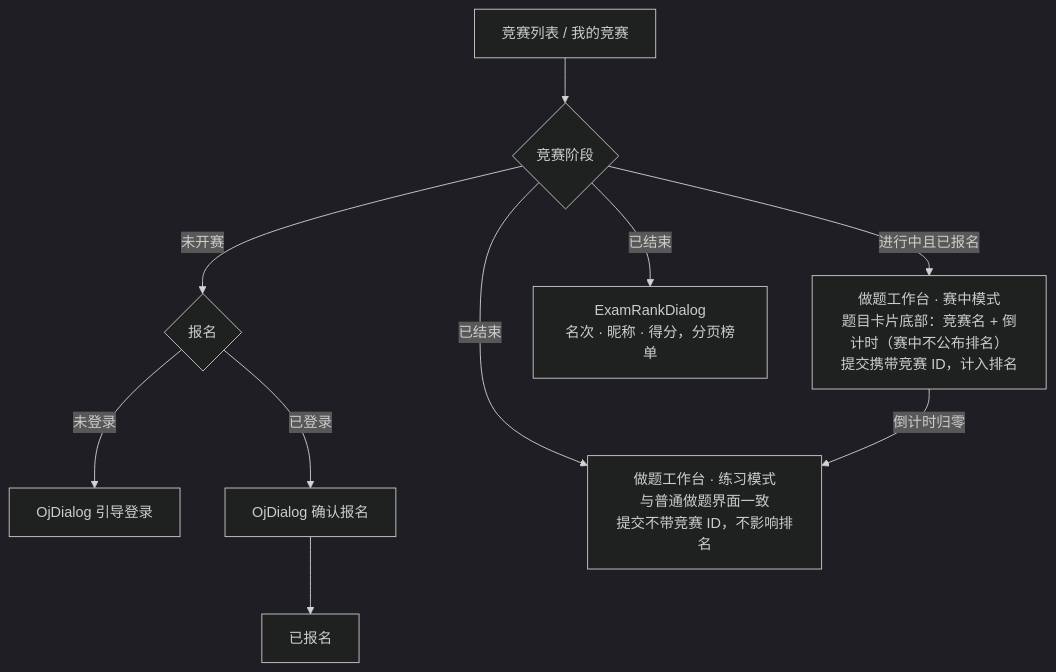
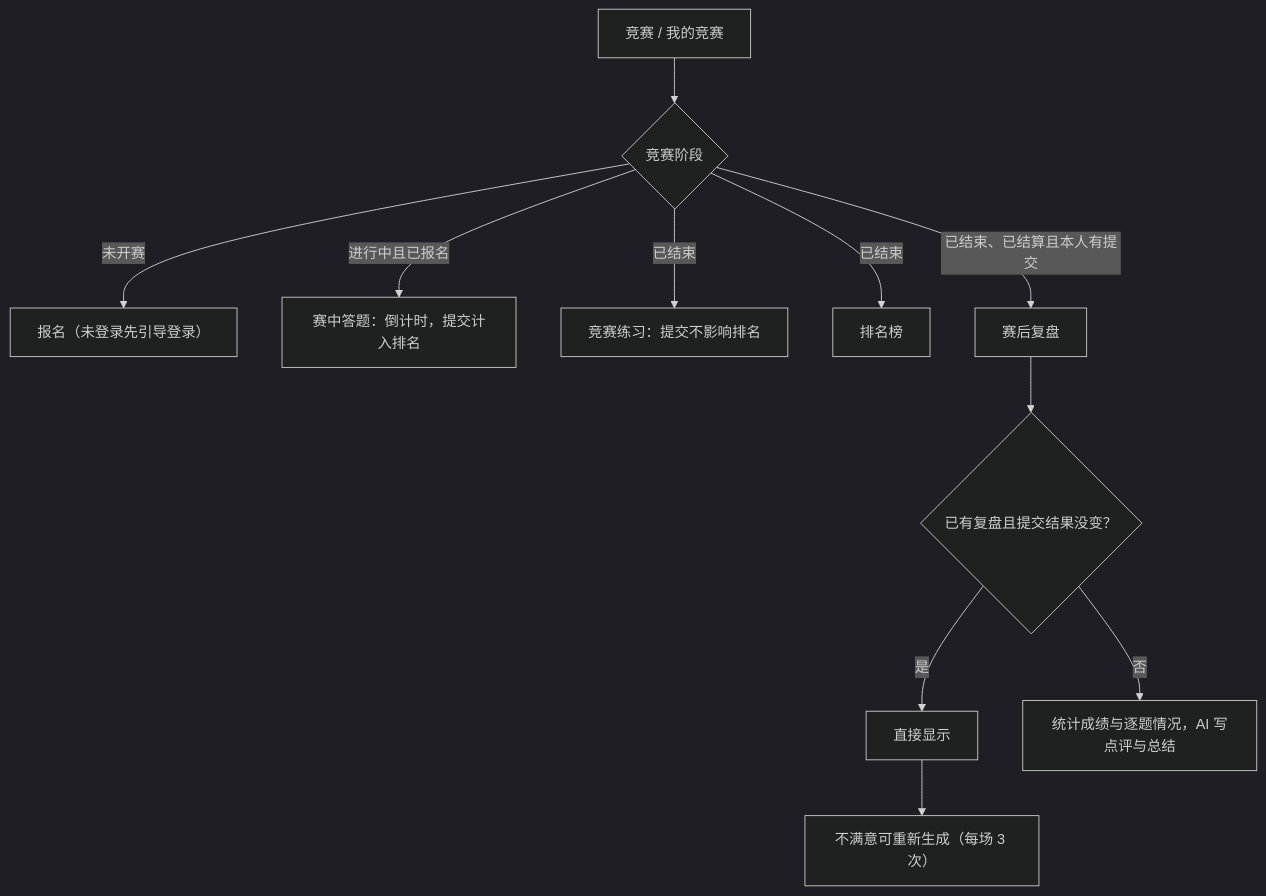
One commit to pluchon/online_oj_vue changed the tenth of 10 diagrams in README.md. Above: the diagram before and after it, drawn with Mermaid (dark theme). The commit also changed other lines of this file and 20 other files, not shown here.

````diff
--- a/README.md
+++ b/README.md
@@ -376,14 +294,13 @@
 ```mermaid
 flowchart TD
-    List["竞赛列表 / 我的竞赛"] --> Phase{"竞赛阶段"}
-
-    Phase --"未开赛"--> Enroll{"报名"}
-    Enroll --"未登录"--> Login["OjDialog 引导登录"]
-    Enroll --"已登录"--> Confirm["OjDialog 确认报名"] --> Enrolled["已报名"]
-
-    Phase --"进行中且已报名"--> Contest["做题工作台 · 赛中模式<br/>题目卡片底部：竞赛名 + 倒计时（赛中不公布排名）<br/>提交携带竞赛 ID，计入排名"]
-    Phase --"已结束"--> Practice["做题工作台 · 练习模式<br/>与普通做题界面一致<br/>提交不带竞赛 ID，不影响排名"]
-    Phase --"已结束"--> Rank["ExamRankDialog<br/>名次 · 昵称 · 得分，分页榜单"]
-
-    Contest --"倒计时归零"--> Practice
+    List["竞赛 / 我的竞赛"] --> Phase{"竞赛阶段"}
+    Phase --"未开赛"--> Enroll["报名（未登录先引导登录）"]
+    Phase --"进行中且已报名"--> Contest["赛中答题：倒计时，提交计入排名"]
+    Phase --"已结束"--> Practice["竞赛练习：提交不影响排名"]
+    Phase --"已结束"--> Rank["排名榜"]
+    Phase --"已结束、已结算且本人有提交"--> Review["赛后复盘"]
+    Review --> First{"已有复盘且提交结果没变？"}
+    First --"是"--> Show["直接显示"]
+    First --"否"--> Gen["统计成绩与逐题情况，AI 写点评与总结"]
+    Show --> Regen["不满意可重新生成（每场 3 次）"]
 ```
````
